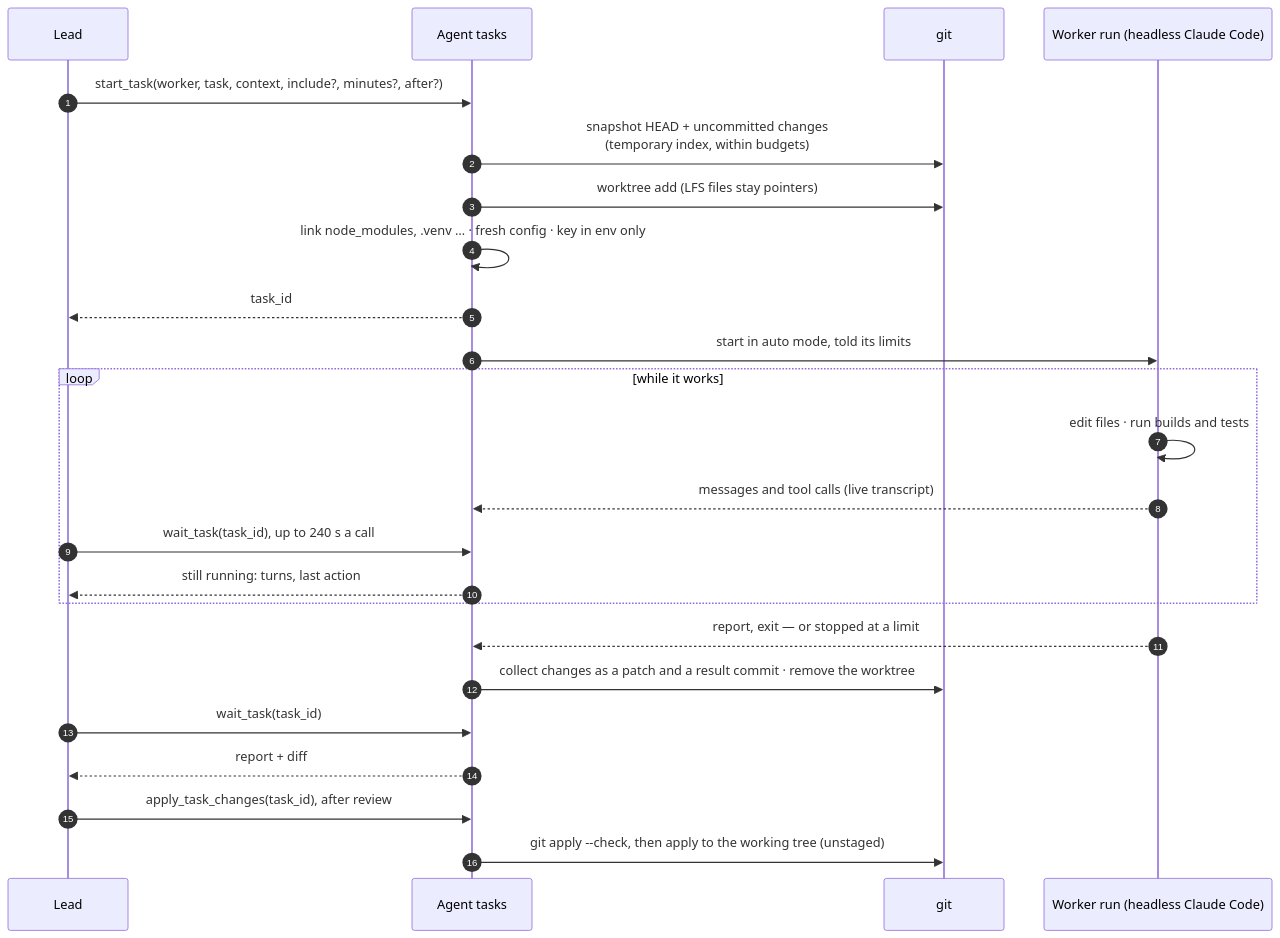
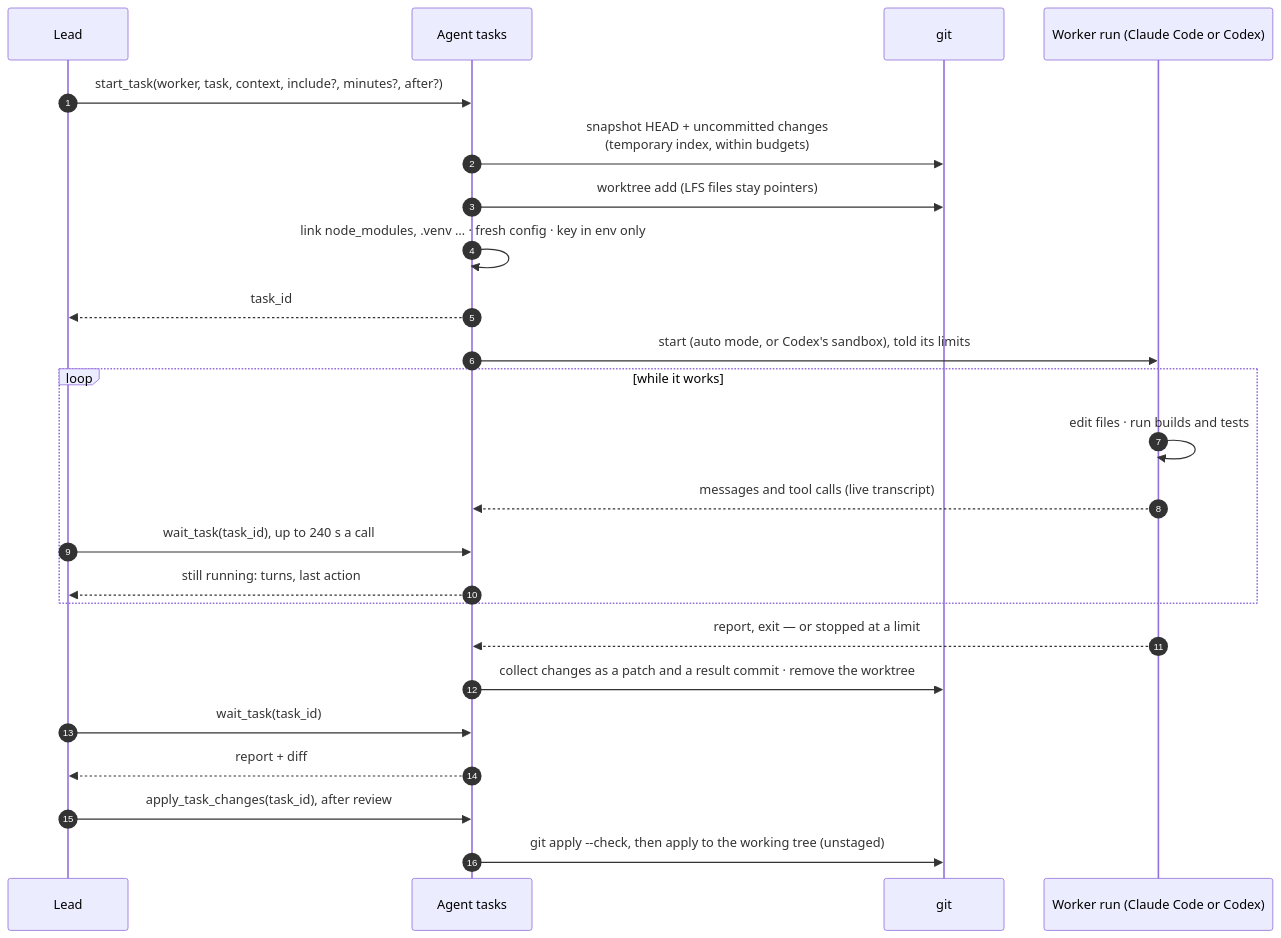
One commit to warrenb213/claude-parallel-profiles changed the tenth of 15 diagrams in README.md. Above: the diagram before and after it, drawn with Mermaid. The commit also changed other lines of this file and 12 other files, not shown here.

````diff
--- a/README.md
+++ b/README.md
@@ -291,26 +391,26 @@
 ```mermaid
 sequenceDiagram
   autonumber
   participant L as Lead
   participant T as Agent tasks
   participant G as git
-  participant R as Worker run (headless Claude Code)
+  participant R as Worker run (Claude Code or Codex)
   L->>T: start_task(worker, task, context, include?, minutes?, after?)
   T->>G: snapshot HEAD + uncommitted changes<br/>(temporary index, within budgets)
   T->>G: worktree add (LFS files stay pointers)
   T->>T: link node_modules, .venv … · fresh config · key in env only
   T-->>L: task_id
-  T->>R: start in auto mode, told its limits
+  T->>R: start (auto mode, or Codex's sandbox), told its limits
   loop while it works
     R->>R: edit files · run builds and tests
     R-->>T: messages and tool calls (live transcript)
     L->>T: wait_task(task_id), up to 240 s a call
     T-->>L: still running: turns, last action
   end
   R-->>T: report, exit — or stopped at a limit
   T->>G: collect changes as a patch and a result commit · remove the worktree
   L->>T: wait_task(task_id)
   T-->>L: report + diff
   L->>T: apply_task_changes(task_id), after review
   T->>G: git apply --check, then apply to the working tree (unstaged)
 ```
````
